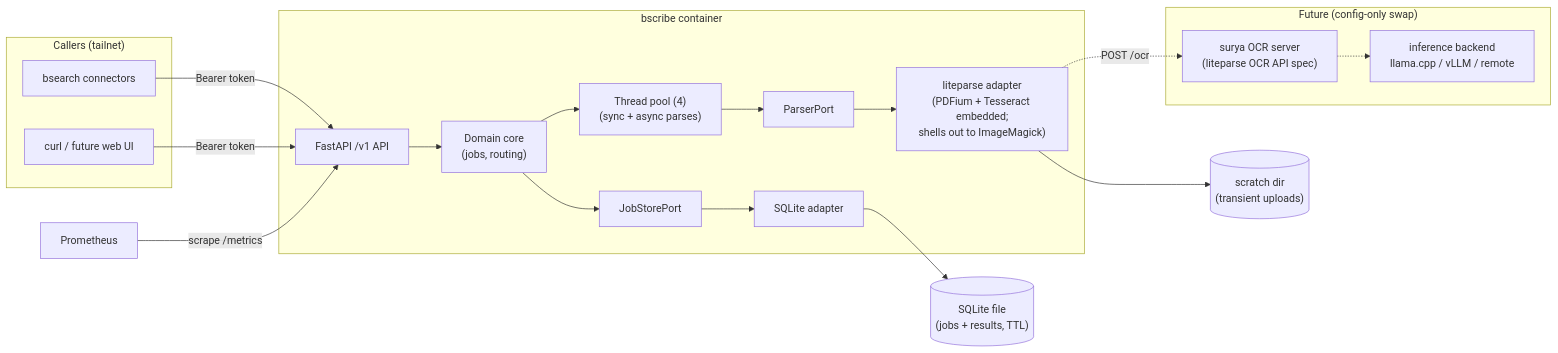
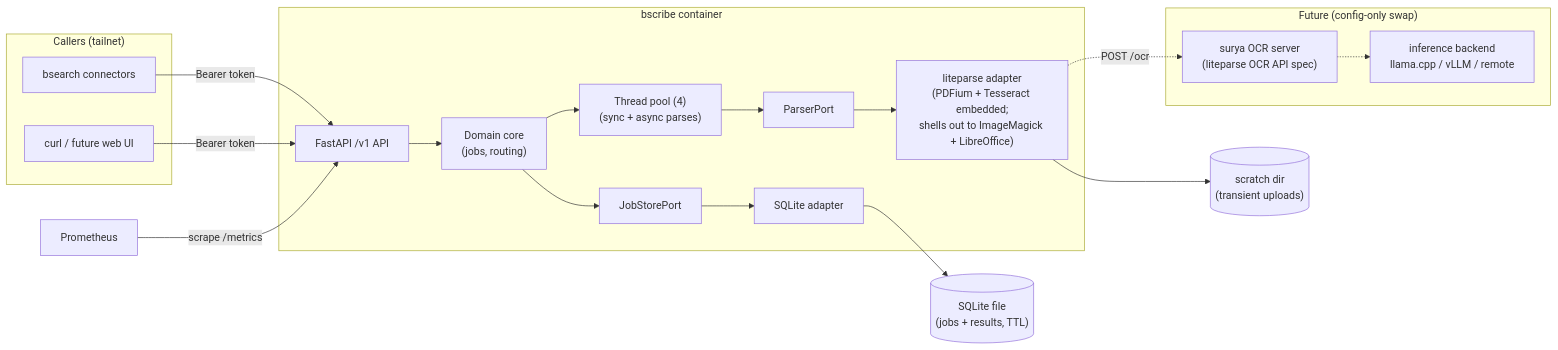
One commit to bcrisp4/bscribe changed the diagram in docs/design.md. Above: the diagram before and after it, drawn with Mermaid. The commit also changed other lines of this file, not shown here.

First line of the commit message:
docs: move office format support into v1 scope

````diff
--- a/docs/design.md
+++ b/docs/design.md
@@ -86,34 +86,34 @@
 ```mermaid
 flowchart LR
     subgraph callers["Callers (tailnet)"]
         BS["bsearch connectors"]
         CURL["curl / future web UI"]
     end
 
     subgraph bscribe["bscribe container"]
         API["FastAPI /v1 API"]
         CORE["Domain core<br/>(jobs, routing)"]
         WP["Thread pool (4)<br/>(sync + async parses)"]
         PP["ParserPort"]
         JS["JobStorePort"]
-        LP["liteparse adapter<br/>(PDFium + Tesseract embedded;<br/>shells out to ImageMagick)"]
+        LP["liteparse adapter<br/>(PDFium + Tesseract embedded;<br/>shells out to ImageMagick + LibreOffice)"]
         SQ["SQLite adapter"]
     end
 
     SCRATCH[("scratch dir<br/>(transient uploads)")]
     DB[("SQLite file<br/>(jobs + results, TTL)")]
     PROM["Prometheus"]
 
     subgraph future["Future (config-only swap)"]
         OCRS["surya OCR server<br/>(liteparse OCR API spec)"]
         INF["inference backend<br/>llama.cpp / vLLM / remote"]
     end
 
     BS & CURL -->|"Bearer token"| API
     API --> CORE --> WP
     CORE --> JS --> SQ --> DB
     WP --> PP --> LP
     LP --> SCRATCH
     PROM -->|"scrape /metrics"| API
     LP -.->|"POST /ocr"| OCRS -.-> INF
 ```
````
